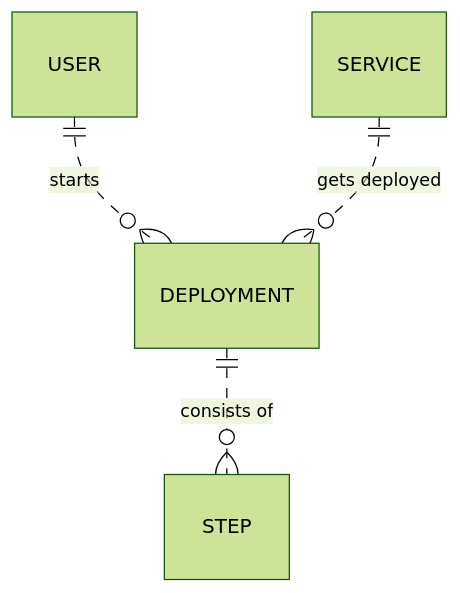
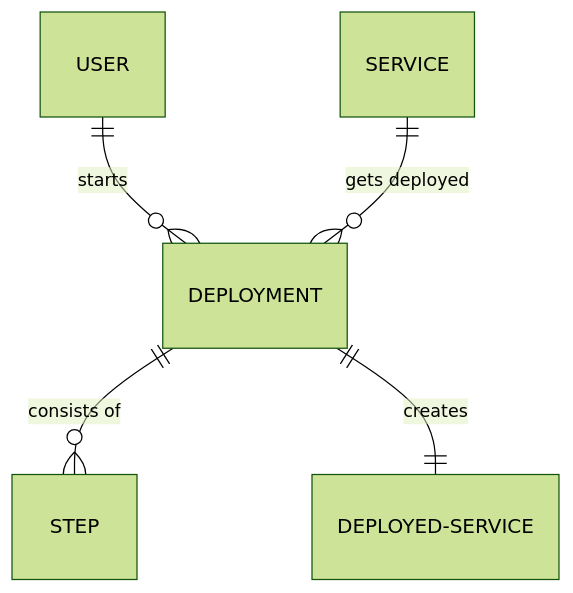
One commit to ephes/fastdeploy changed the diagram in docs/database.md. Above: the diagram before and after it, drawn with Mermaid (forest theme). The commit also changed other lines of this file, not shown here.

Commit message:
added DeployedService to ER-diagram

````diff
--- a/docs/database.md
+++ b/docs/database.md
@@ -57,6 +66,7 @@
 ```mermaid
 erDiagram
-          USER ||..o{ DEPLOYMENT : starts
-          SERVICE ||..o{ DEPLOYMENT : "gets deployed"
-          DEPLOYMENT ||..o{ STEP : "consists of"
+          USER ||--o{ DEPLOYMENT : starts
+          SERVICE ||--o{ DEPLOYMENT : "gets deployed"
+          DEPLOYMENT ||--o{ STEP : "consists of"
+          DEPLOYMENT ||--|| DEPLOYED-SERVICE : "creates"
 ```
````
